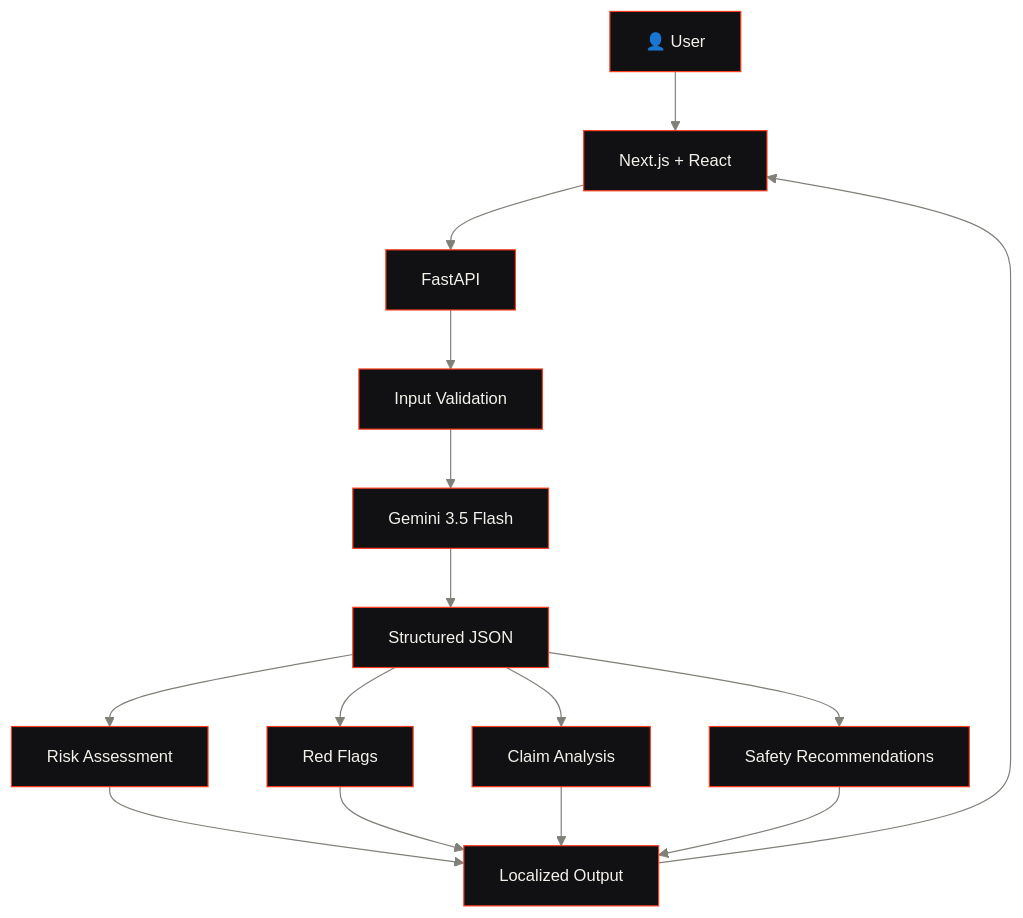
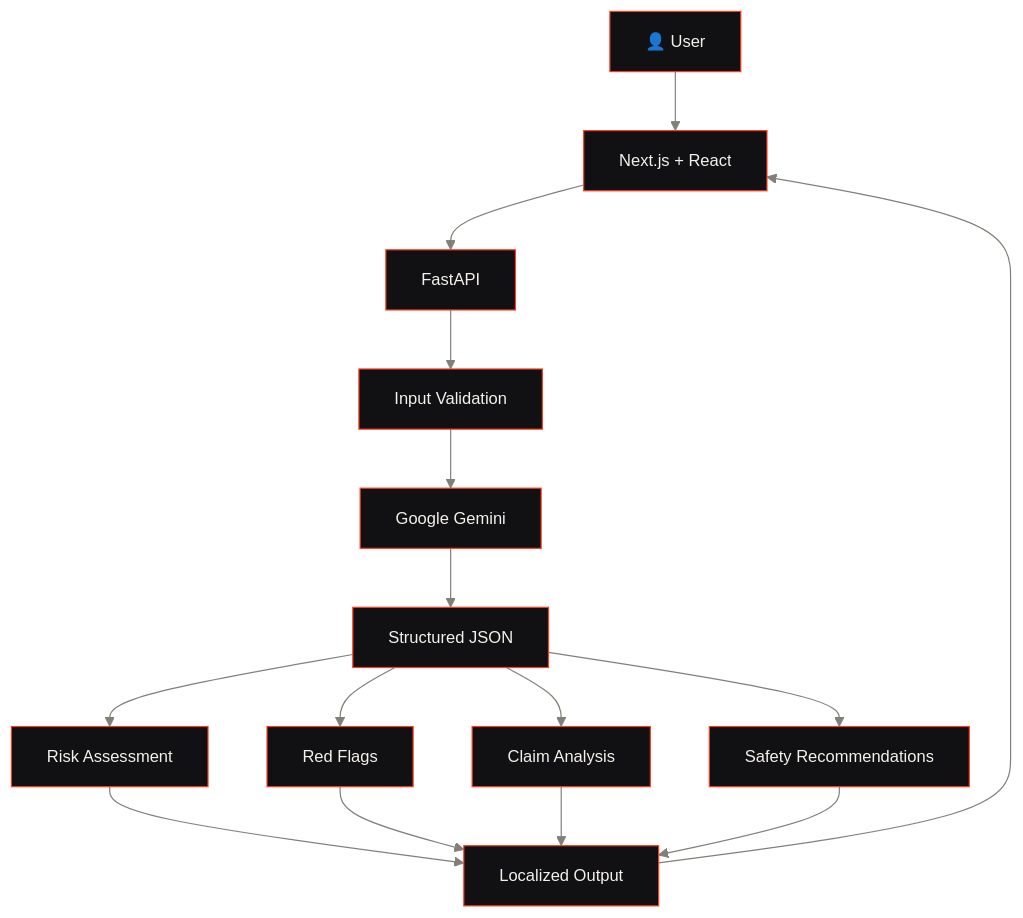
One commit to ankush-dev-eng/NiveshRakshak changed the second of 3 diagrams in README.md. Above: the diagram before and after it, drawn with Mermaid. The commit also changed other lines of this file and 8 other files, not shown here.

````diff
--- a/README.md
+++ b/README.md
@@ -237,21 +214,21 @@
 ```mermaid
 %%{init: {'theme': 'base', 'themeVariables': {'primaryColor': '#111114', 'primaryTextColor': '#F3F1EA', 'primaryBorderColor': '#FF3B1D', 'lineColor': '#807F78', 'secondaryColor': '#17171B', 'tertiaryColor': '#08080A', 'edgeLabelBackground': '#08080A', 'clusterBkg': '#111114', 'clusterBorder': '#FF3B1D', 'fontSize': '14px'}}}%%
 flowchart TB
     U["👤 User"] --> UI["Next.js + React"]
     UI --> API["FastAPI"]
     API --> VAL["Input Validation"]
-    VAL --> AI["Gemini 3.5 Flash"]
+    VAL --> AI["Google Gemini"]
 
     AI --> PARSE["Structured JSON"]
     PARSE --> RISK["Risk Assessment"]
     PARSE --> FLAGS["Red Flags"]
     PARSE --> CLAIMS["Claim Analysis"]
     PARSE --> ACTIONS["Safety Recommendations"]
 
     RISK --> OUT["Localized Output"]
     FLAGS --> OUT
     CLAIMS --> OUT
     ACTIONS --> OUT
 
     OUT --> UI
 ```
````
